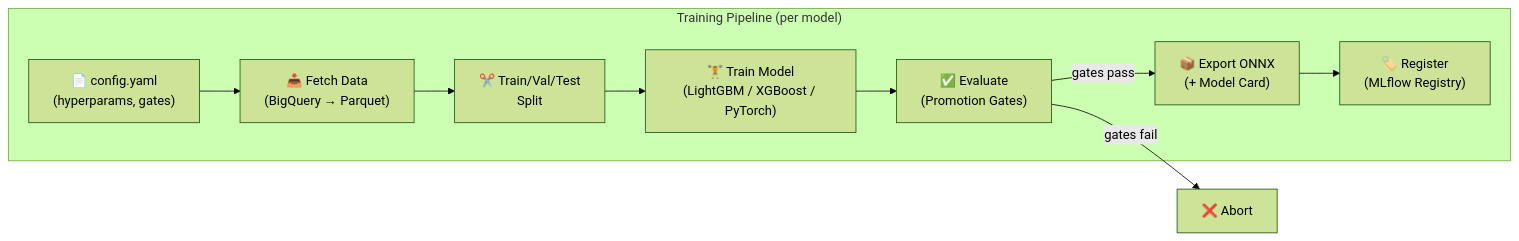
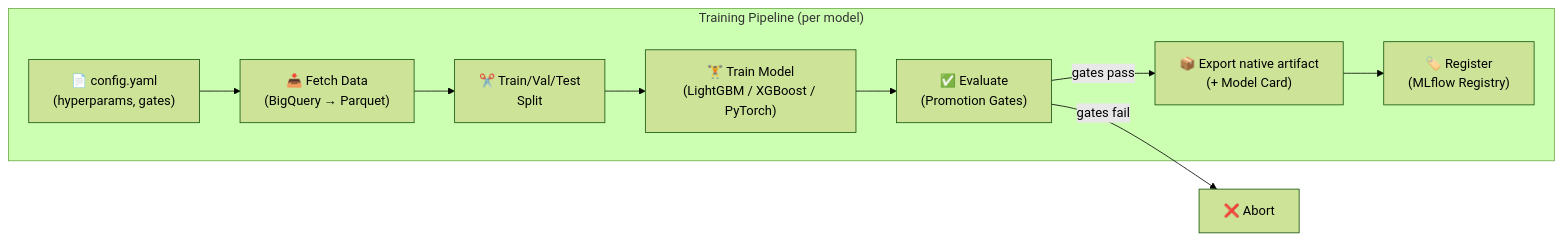
One commit to sunitakeazycommerz-a11y/InstaCommerce changed the fourth of 7 diagrams in ml/README.md. Above: the diagram before and after it, drawn with Mermaid (forest theme). The commit also changed other lines of this file and 2 other files, not shown here.

````diff
--- a/ml/README.md
+++ b/ml/README.md
@@ -182,16 +191,16 @@
 ```mermaid
 flowchart LR
     subgraph Pipeline["Training Pipeline (per model)"]
         Config["📄 config.yaml\n(hyperparams, gates)"]
         FetchData["📥 Fetch Data\n(BigQuery → Parquet)"]
         Split["✂️ Train/Val/Test\nSplit"]
         Train["🏋️ Train Model\n(LightGBM / XGBoost / PyTorch)"]
         Evaluate["✅ Evaluate\n(Promotion Gates)"]
-        Export["📦 Export ONNX\n(+ Model Card)"]
+        Export["📦 Export native artifact\n(+ Model Card)"]
         Register["🏷️ Register\n(MLflow Registry)"]
     end
 
     Config --> FetchData --> Split --> Train --> Evaluate
     Evaluate -- "gates pass" --> Export --> Register
     Evaluate -- "gates fail" --> Abort["❌ Abort"]
 ```
````
